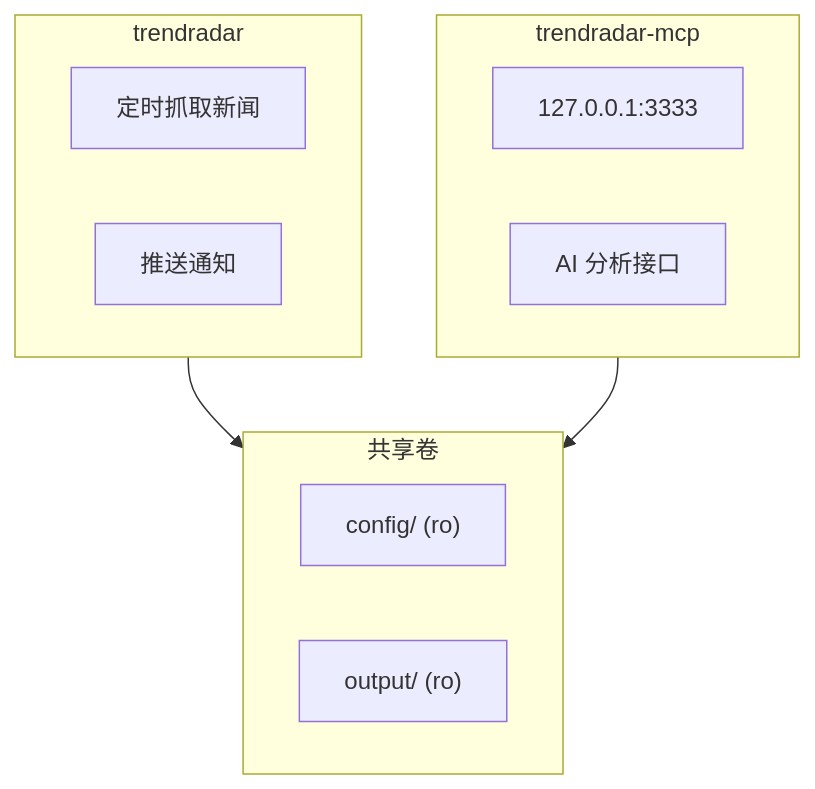
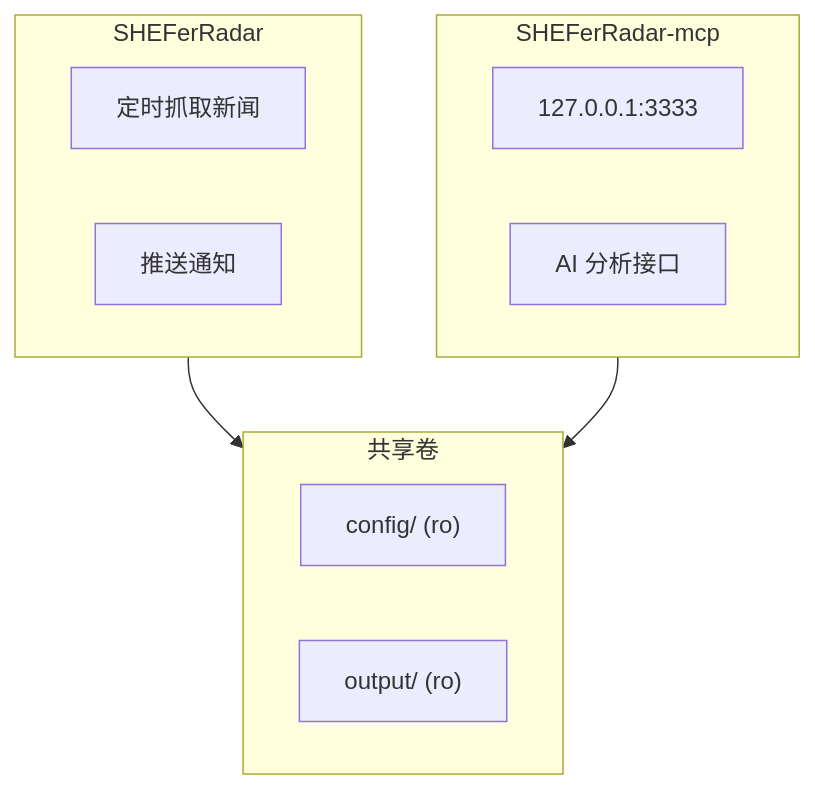
One commit to billyoftea/finradar changed the diagram in README.md. Above: the diagram before and after it, drawn with Mermaid. The commit also changed other lines of this file and 64 other files, not shown here.

````diff
--- a/README.md
+++ b/README.md
@@ -2812,20 +2812,20 @@
 ```mermaid
 flowchart TB
-    subgraph trendradar["trendradar"]
+    subgraph SHEFerRadar["SHEFerRadar"]
         A1[定时抓取新闻]
         A2[推送通知]
     end
     
-    subgraph trendradar-mcp["trendradar-mcp"]
+    subgraph SHEFerRadar-mcp["SHEFerRadar-mcp"]
         B1[127.0.0.1:3333]
         B2[AI 分析接口]
     end
     
     subgraph shared["共享卷"]
         C1["config/ (ro)"]
         C2["output/ (ro)"]
     end
     
-    trendradar --> shared
-    trendradar-mcp --> shared
+    SHEFerRadar --> shared
+    SHEFerRadar-mcp --> shared
 ```
````
